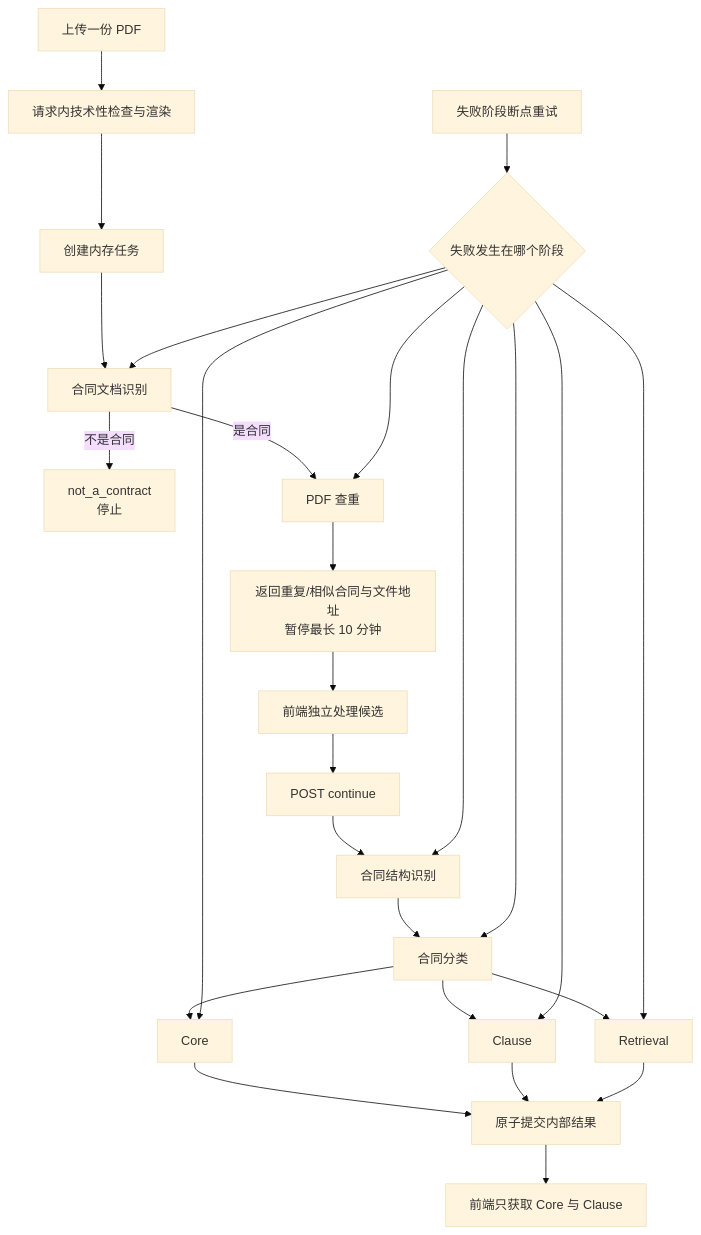
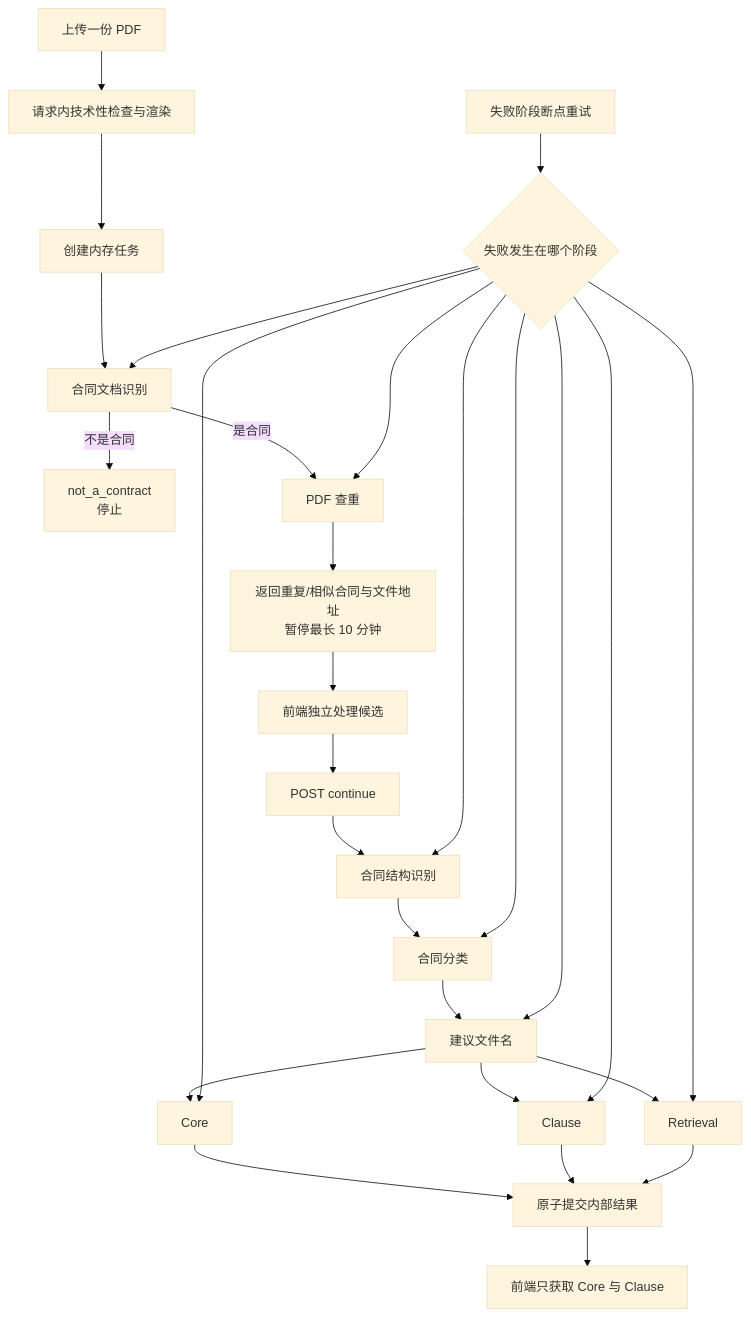
One commit to caicai-6666/contract-service-be changed the diagram in description/architecture/system/contract-extraction-runtime.md. Above: the diagram before and after it, drawn with Mermaid (base theme). The commit also changed other lines of this file and 79 other files, not shown here.

````diff
--- a/description/architecture/system/contract-extraction-runtime.md
+++ b/description/architecture/system/contract-extraction-runtime.md
@@ -13,28 +13,30 @@
 ```mermaid
 flowchart TD
     upload["上传一份 PDF"] --> preparation["请求内技术性检查与渲染"]
     preparation --> run["创建内存任务"]
     run --> detection["合同文档识别"]
     detection -->|不是合同| rejected["not_a_contract<br/>停止"]
     detection -->|是合同| deduplication["PDF 查重"]
     deduplication --> pause["返回重复/相似合同与文件地址<br/>暂停最长 10 分钟"]
     pause --> external["前端独立处理候选"]
     external --> continue["POST continue"]
     continue --> structure["合同结构识别"]
     structure --> classification["合同分类"]
-    classification --> core["Core"]
-    classification --> clause["Clause"]
-    classification --> retrieval["Retrieval"]
+    classification --> file_name["建议文件名"]
+    file_name --> core["Core"]
+    file_name --> clause["Clause"]
+    file_name --> retrieval["Retrieval"]
     core --> commit["原子提交内部结果"]
     clause --> commit
     retrieval --> commit
     commit --> review["前端只获取 Core 与 Clause"]
     retry["失败阶段断点重试"] --> failed{"失败发生在哪个阶段"}
     failed --> detection
     failed --> deduplication
     failed --> structure
     failed --> classification
+    failed --> file_name
     failed --> core
     failed --> clause
     failed --> retrieval
 ```
````
